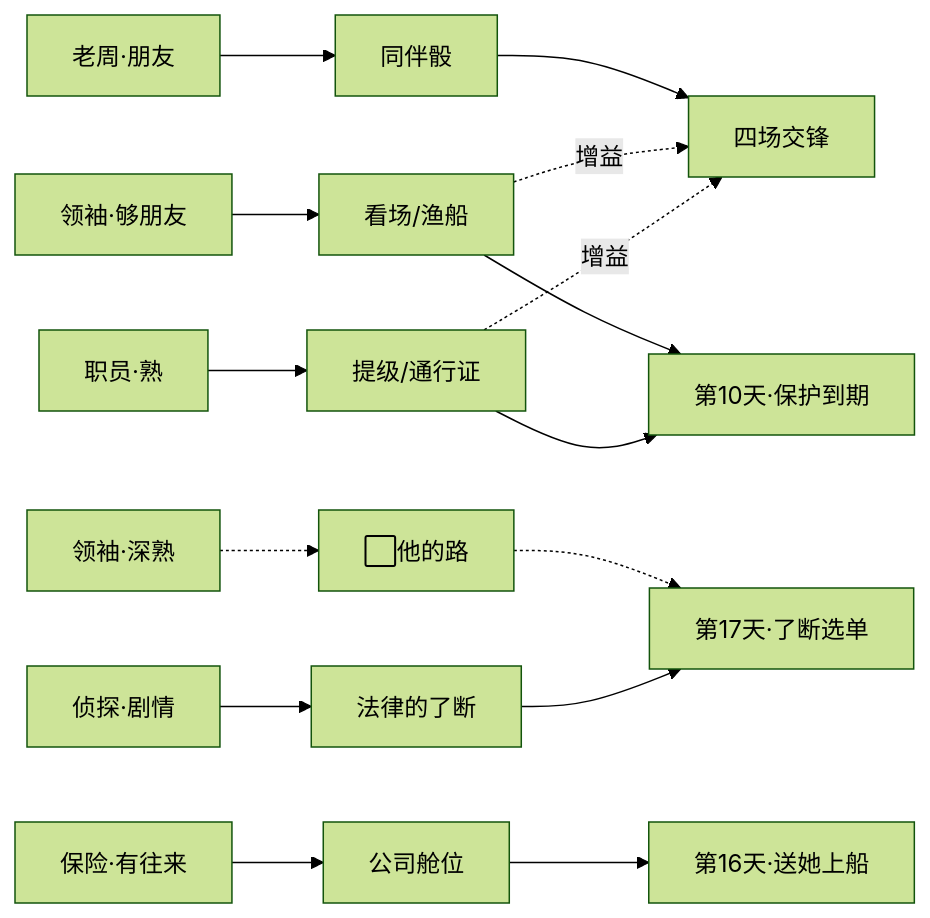
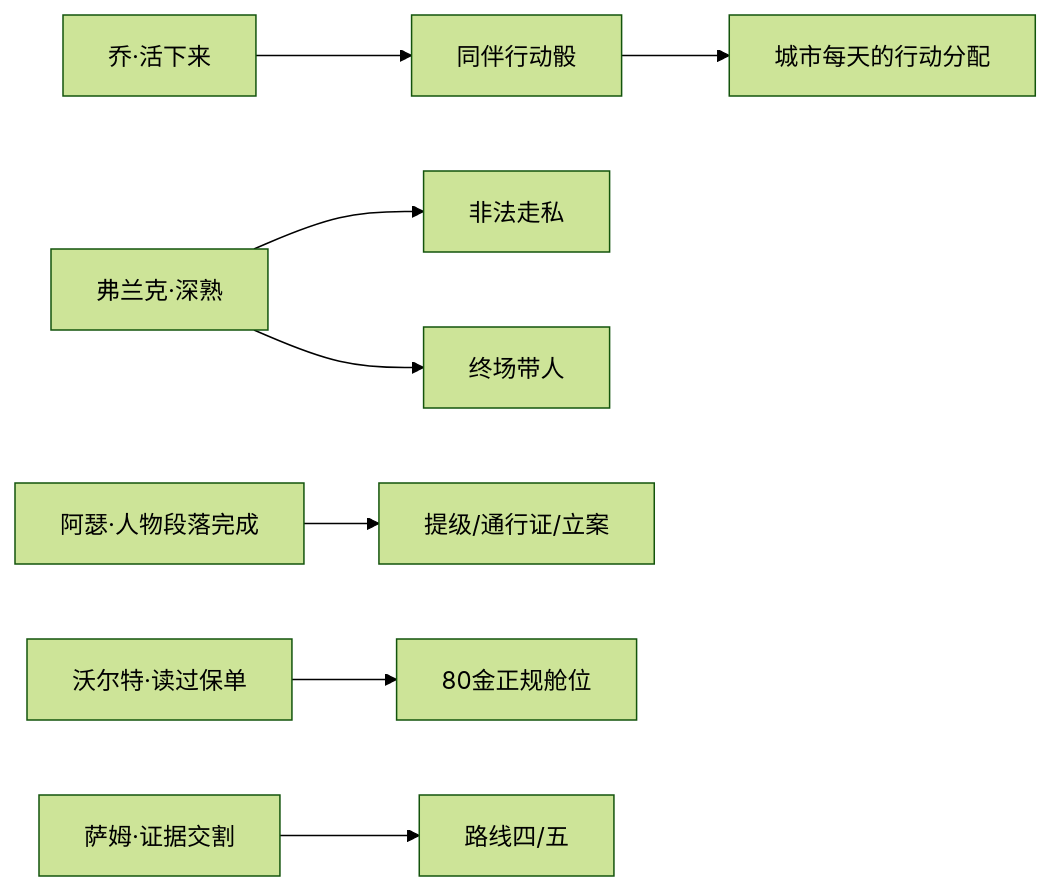
Before and after one commit to guopanqi/ssnoir: the diagram in docs/手动编辑的/demo短篇·剧本总表.md, drawn with Mermaid (forest theme). The commit also changed other lines of this file and 53 other files, not shown here.

````diff
--- a/docs/手动编辑的/demo短篇·剧本总表.md
+++ b/docs/手动编辑的/demo短篇·剧本总表.md
@@ -165,11 +153,9 @@
 ```mermaid
 graph LR
-    Z[老周·朋友] --> C1[同伴骰] --> M1[四场交锋]
-    L1[领袖·够朋友] --> C2[看场/渔船] --> M2[第10天·保护到期]
-    L2[领袖·深熟] -.-> C3[⬜他的路] -.-> M3[第17天·了断选单]
-    Y[职员·熟] --> C4[提级/通行证] --> M2
-    B[保险·有往来] --> C5[公司舱位] --> M4[第16天·送她上船]
-    T[侦探·剧情] --> C6[法律的了断] --> M3
-    C2 -.增益.-> M1
-    C4 -.增益.-> M1
+    J[乔·活下来] --> JD[同伴行动骰] --> CITY[城市每天的行动分配]
+    F[弗兰克·深熟] --> FS[非法走私]
+    F --> FH[终场带人]
+    A[阿瑟·人物段落完成] --> AP[提级/通行证/立案]
+    W[沃尔特·读过保单] --> WB[80金正规舱位]
+    S[萨姆·证据交割] --> SE[路线四/五]
 ```
````
